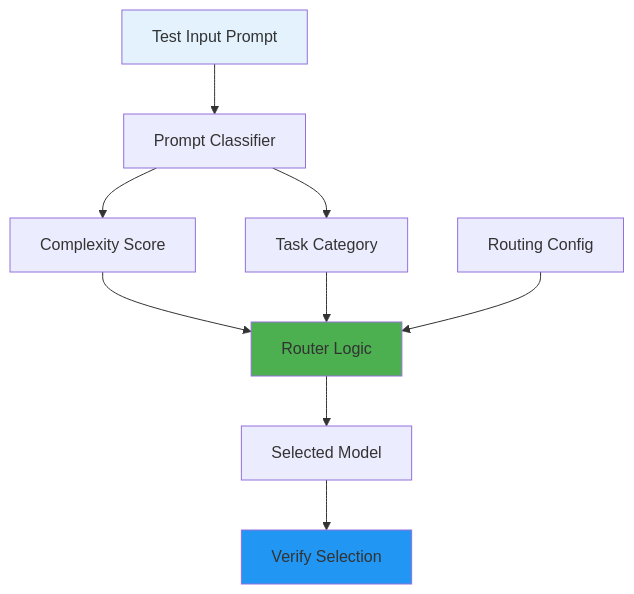
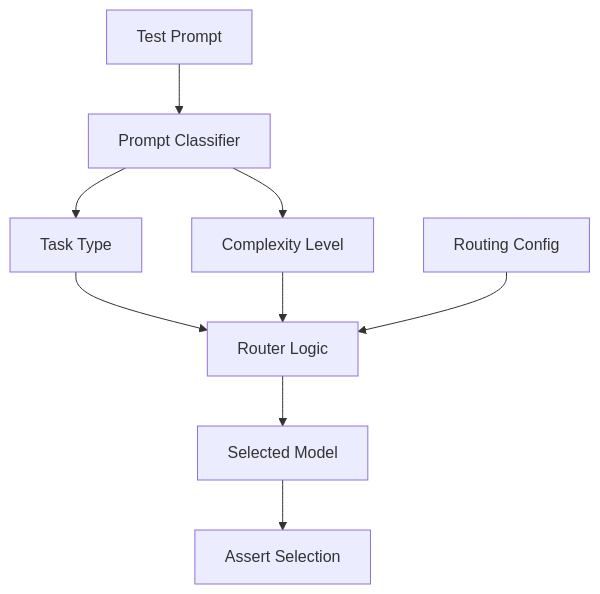
Before and after one commit to ausardcompany/alexi: the third of 4 diagrams in docs/TESTING.md, drawn with Mermaid. The commit also changed other lines of this file and 6 other files, not shown here.

````diff
--- a/docs/TESTING.md
+++ b/docs/TESTING.md
@@ -458,17 +545,13 @@
 ```mermaid
 graph TD
-    Input[Test Input Prompt] --> Classifier[Prompt Classifier]
-    Classifier --> Complexity[Complexity Score]
-    Classifier --> Category[Task Category]
+    Input[Test Prompt] --> Classifier[Prompt Classifier]
+    Classifier --> TaskType[Task Type]
+    Classifier --> Complexity[Complexity Level]
     
-    Complexity --> Router[Router Logic]
-    Category --> Router
+    TaskType --> Router[Router Logic]
+    Complexity --> Router
     Config[Routing Config] --> Router
     
     Router --> Model[Selected Model]
-    Model --> Verify[Verify Selection]
-    
-    style Input fill:#E3F2FD
-    style Router fill:#4CAF50
-    style Verify fill:#2196F3
+    Model --> Verify[Assert Selection]
 ```
````
